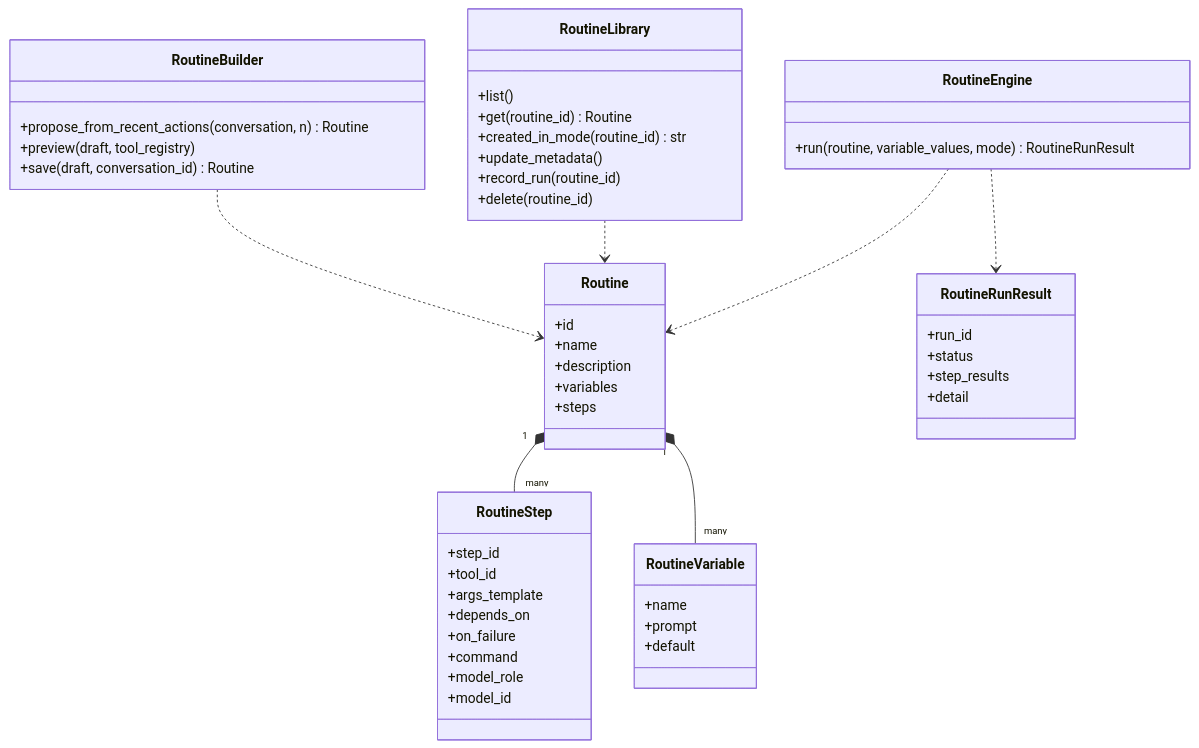
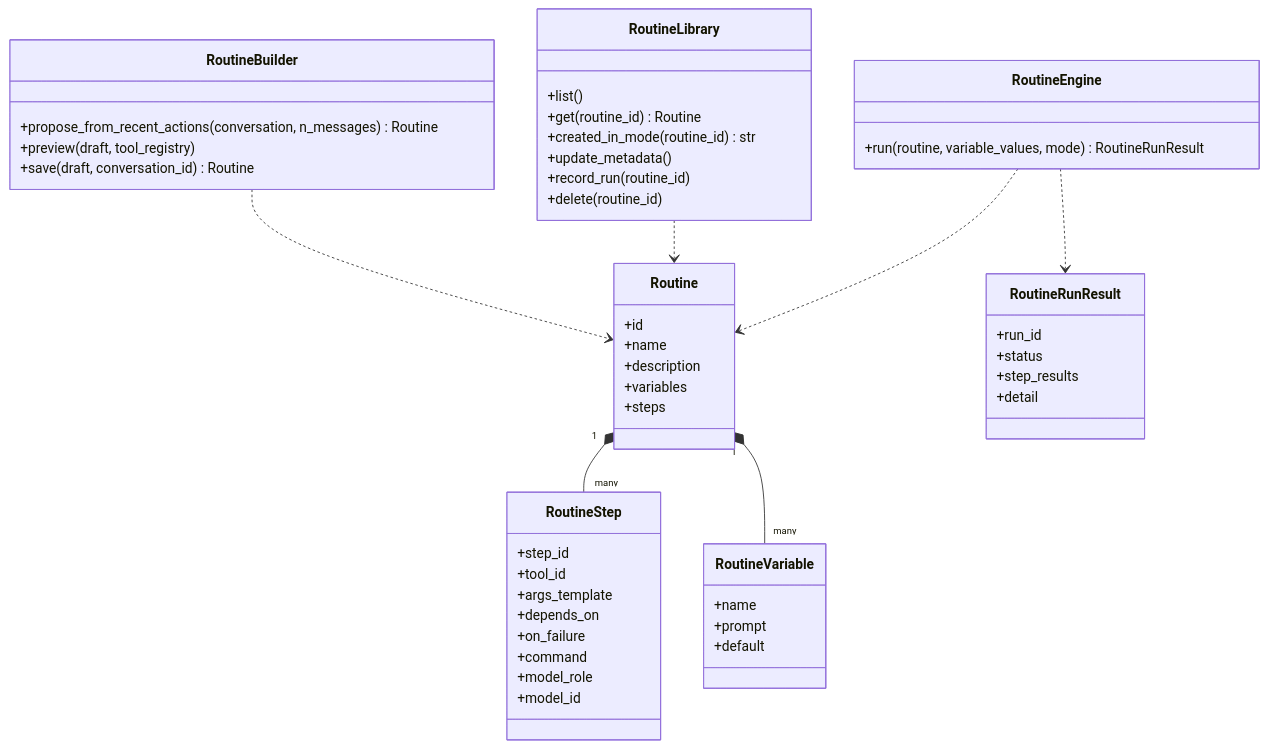
Before and after one commit to N041M/Addison: the fifth of 5 diagrams in docs/classes.md, drawn with Mermaid. The commit also changed other lines of this file and 8 other files, not shown here.

````diff
--- a/docs/classes.md
+++ b/docs/classes.md
@@ -482,54 +487,54 @@
 ```mermaid
 classDiagram
     class Routine {
         +id
         +name
         +description
         +variables
         +steps
     }
     class RoutineStep {
         +step_id
         +tool_id
         +args_template
         +depends_on
         +on_failure
         +command
         +model_role
         +model_id
     }
     class RoutineVariable {
         +name
         +prompt
         +default
     }
     class RoutineRunResult {
         +run_id
         +status
         +step_results
         +detail
     }
     class RoutineBuilder {
-        +propose_from_recent_actions(conversation, n) Routine
+        +propose_from_recent_actions(conversation, n_messages) Routine
         +preview(draft, tool_registry)
         +save(draft, conversation_id) Routine
     }
     class RoutineLibrary {
         +list()
         +get(routine_id) Routine
         +created_in_mode(routine_id) str
         +update_metadata()
         +record_run(routine_id)
         +delete(routine_id)
     }
     class RoutineEngine {
         +run(routine, variable_values, mode) RoutineRunResult
     }
 
     Routine "1" *-- "many" RoutineStep
     Routine "1" *-- "many" RoutineVariable
     RoutineBuilder ..> Routine
     RoutineLibrary ..> Routine
     RoutineEngine ..> Routine
     RoutineEngine ..> RoutineRunResult
 ```
````
